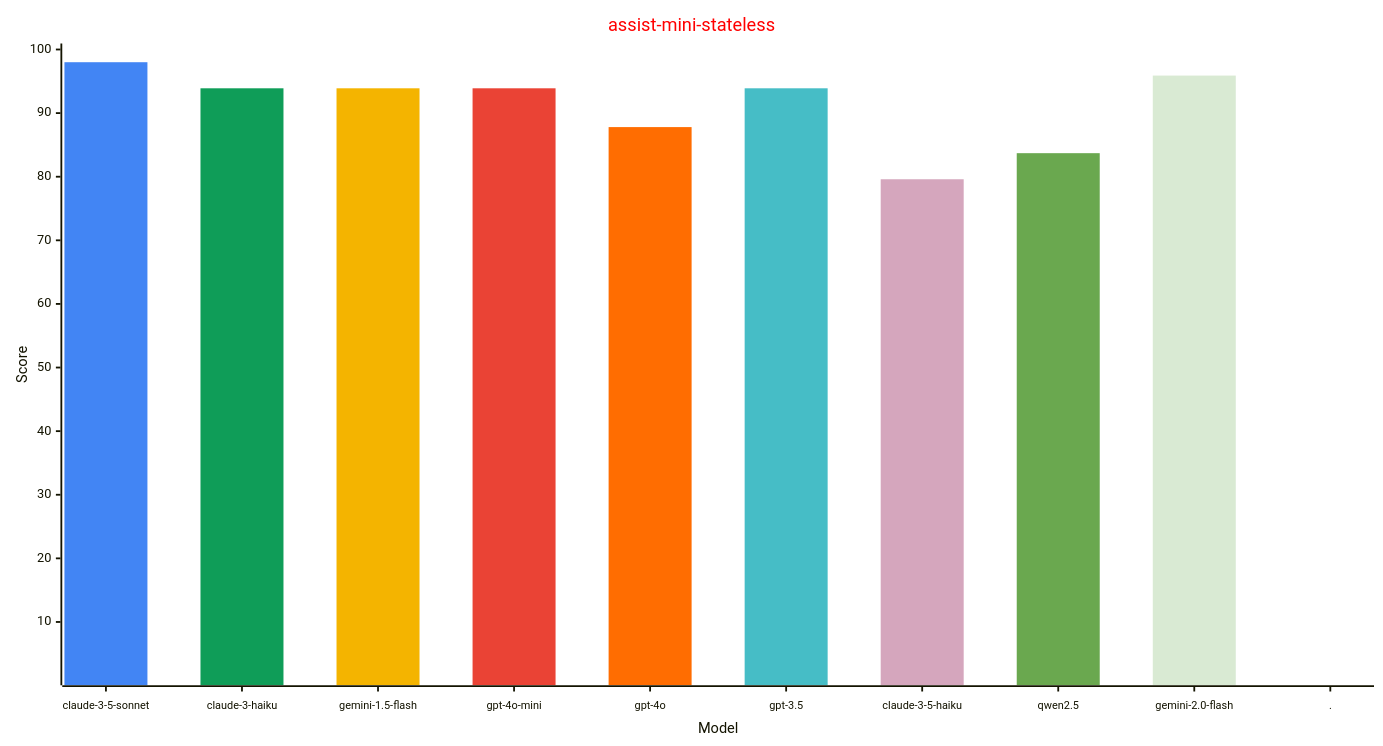
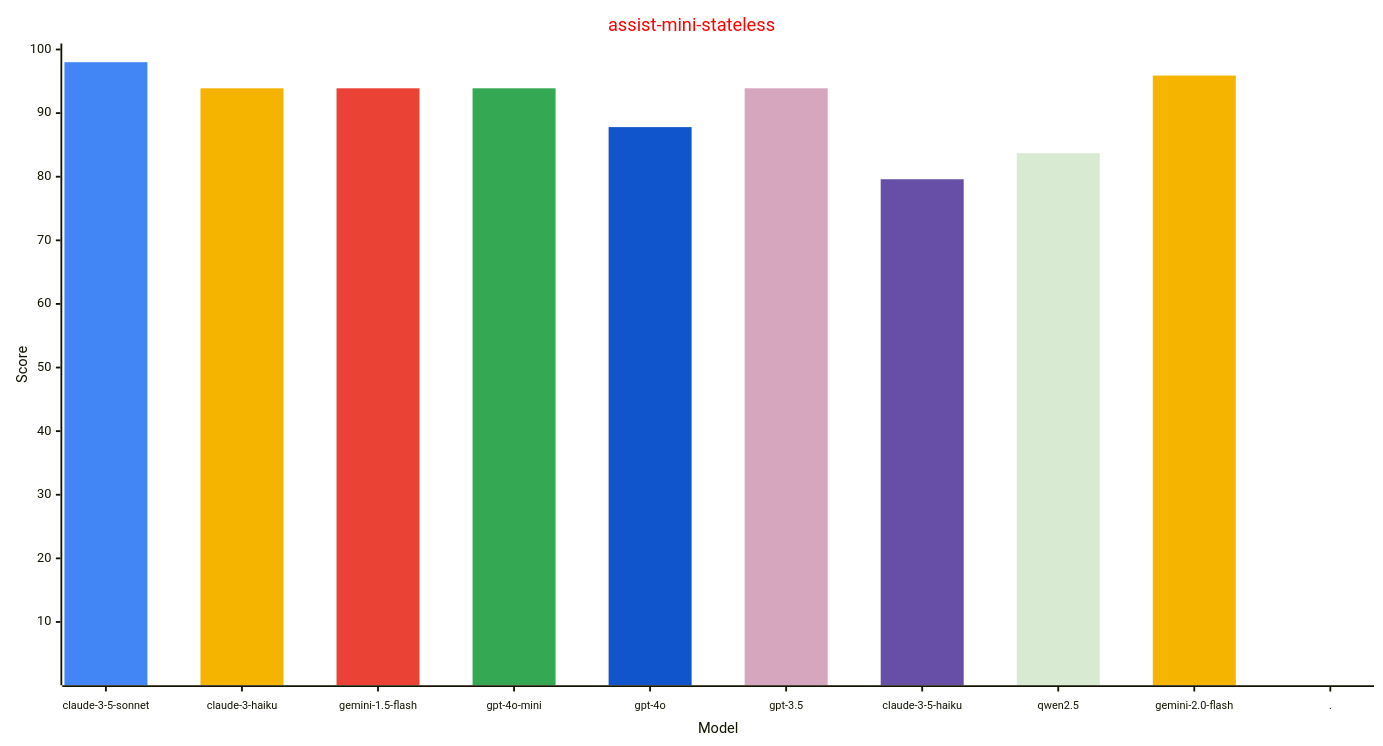
One commit to allenporter/home-assistant-datasets changed the third of 4 diagrams in reports/README.md. Above: the diagram before and after it, drawn with Mermaid. The commit also changed other lines of this file and 392 other files, not shown here.

````diff
--- a/reports/README.md
+++ b/reports/README.md
@@ -145,30 +148,30 @@
 ```mermaid
 ---
 config:
     xyChart:
         width: 1500
         height: 800
         xAxis:
           labelFontSize: 12
           labelPadding: 8
     themeVariables:
         xyChart:
             titleColor: "#ff0000"
-            plotColorPalette: "#4285f4, #0f9d58, #f4b400, #ea4335, #ff6d01, #46bdc6, #d5a6bd, #6aa84f, #d9ead3, #4285f4"
+            plotColorPalette: "#4285f4, #f4b400, #ea4335, #34a853, #1155cc, #d5a6bd, #674ea7, #d9ead3, #f4b400, #4285f4"
 
 ---
 xychart-beta
   title "assist-mini-stateless"
   x-axis "Model" [claude-3-5-sonnet, claude-3-haiku, gemini-1.5-flash, gpt-4o-mini, gpt-4o, gpt-3.5, claude-3-5-haiku, qwen2.5, gemini-2.0-flash, .]
   y-axis "Score" 1 --> 100
   bar [98.0, 0.0, 0.0, 0.0, 0.0, 0.0, 0.0, 0.0, 0.0, 0.0]
   bar [0.0, 93.9, 0.0, 0.0, 0.0, 0.0, 0.0, 0.0, 0.0, 0.0]
   bar [0.0, 0.0, 93.9, 0.0, 0.0, 0.0, 0.0, 0.0, 0.0, 0.0]
   bar [0.0, 0.0, 0.0, 93.9, 0.0, 0.0, 0.0, 0.0, 0.0, 0.0]
   bar [0.0, 0.0, 0.0, 0.0, 87.8, 0.0, 0.0, 0.0, 0.0, 0.0]
   bar [0.0, 0.0, 0.0, 0.0, 0.0, 93.9, 0.0, 0.0, 0.0, 0.0]
   bar [0.0, 0.0, 0.0, 0.0, 0.0, 0.0, 79.6, 0.0, 0.0, 0.0]
   bar [0.0, 0.0, 0.0, 0.0, 0.0, 0.0, 0.0, 83.7, 0.0, 0.0]
   bar [0.0, 0.0, 0.0, 0.0, 0.0, 0.0, 0.0, 0.0, 95.9, 0.0]
   bar [0.0, 0.0, 0.0, 0.0, 0.0, 0.0, 0.0, 0.0, 0.0, -1.0]
 ```
````
